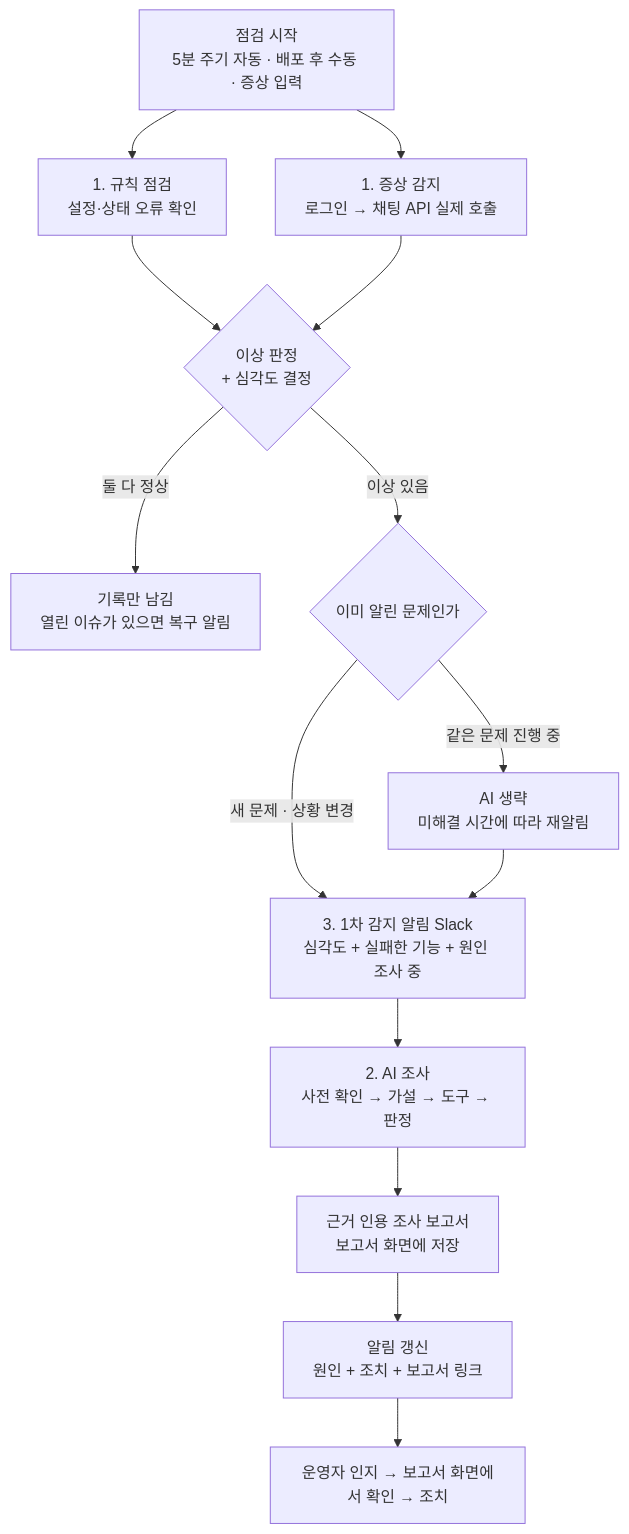
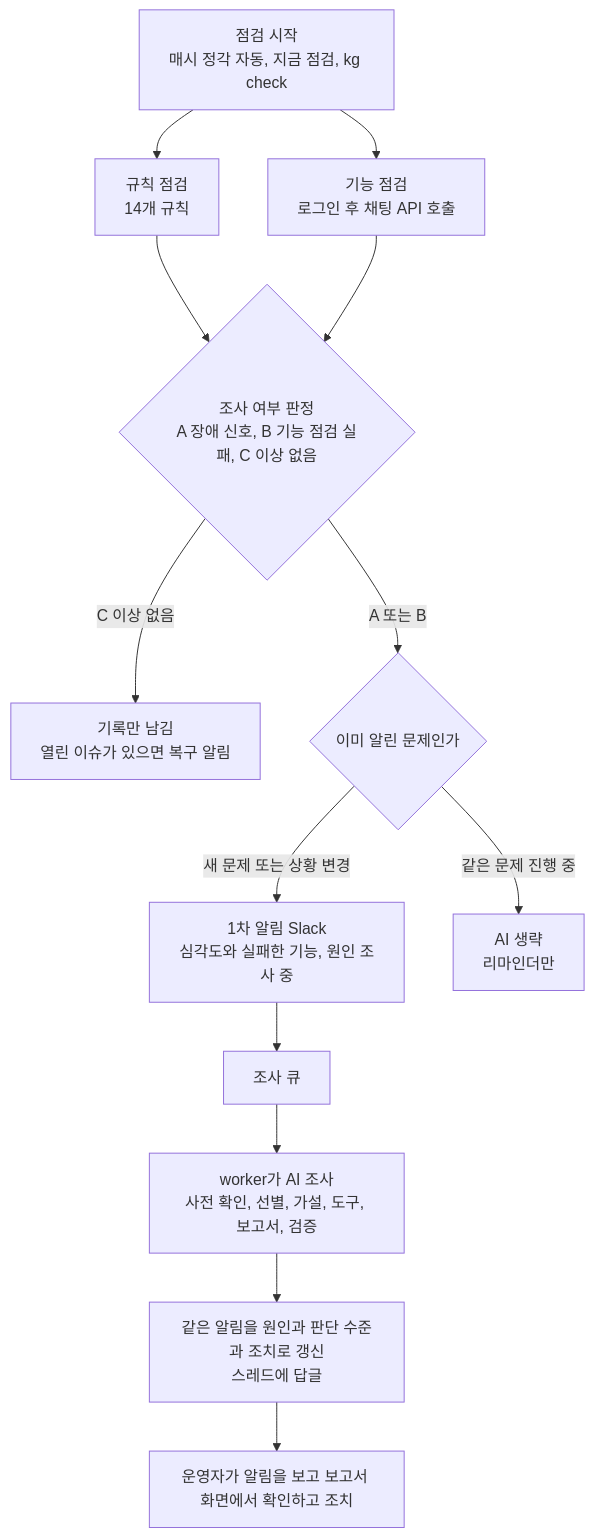
Before and after one commit to skax-jihyeryu/KubeGuardian: the second of 2 diagrams in docs/산출물/02-문제정의및서비스기획.md, drawn with Mermaid. The commit also changed other lines of this file and 7 other files, not shown here.

````diff
--- a/docs/산출물/02-문제정의및서비스기획.md
+++ b/docs/산출물/02-문제정의및서비스기획.md
@@ -143,16 +54,15 @@
 ```mermaid
 flowchart TB
-    T[점검 시작<br/>5분 주기 자동 · 배포 후 수동 · 증상 입력] --> R[1. 규칙 점검<br/>설정·상태 오류 확인]
-    T --> S[1. 증상 감지<br/>로그인 → 채팅 API 실제 호출]
-    R --> G{이상 판정<br/>+ 심각도 결정}
+    T[점검 시작<br/>매시 정각 자동, 지금 점검, kg check] --> R[규칙 점검<br/>14개 규칙]
+    T --> S[기능 점검<br/>로그인 후 채팅 API 호출]
+    R --> G{조사 여부 판정<br/>A 장애 신호, B 기능 점검 실패, C 이상 없음}
     S --> G
-    G -->|둘 다 정상| OK[기록만 남김<br/>열린 이슈가 있으면 복구 알림]
-    G -->|이상 있음| D{이미 알린 문제인가}
-    D -->|새 문제 · 상황 변경| N1[3. 1차 감지 알림 Slack<br/>심각도 + 실패한 기능 + 원인 조사 중]
-    N1 --> AI[2. AI 조사<br/>사전 확인 → 가설 → 도구 → 판정]
-    D -->|같은 문제 진행 중| RM[AI 생략<br/>미해결 시간에 따라 재알림]
-    AI --> REP[근거 인용 조사 보고서<br/>보고서 화면에 저장]
-    REP --> N[알림 갱신<br/>원인 + 조치 + 보고서 링크]
-    RM --> N1
-    N --> K[운영자 인지 → 보고서 화면에서 확인 → 조치]
+    G -->|C 이상 없음| OK[기록만 남김<br/>열린 이슈가 있으면 복구 알림]
+    G -->|A 또는 B| D{이미 알린 문제인가}
+    D -->|새 문제 또는 상황 변경| N1[1차 알림 Slack<br/>심각도와 실패한 기능, 원인 조사 중]
+    N1 --> Q[조사 큐]
+    Q --> AI[worker가 AI 조사<br/>사전 확인, 선별, 가설, 도구, 보고서, 검증]
+    AI --> N[같은 알림을 원인과 판단 수준과 조치로 갱신<br/>스레드에 답글]
+    D -->|같은 문제 진행 중| RM[AI 생략<br/>리마인더만]
+    N --> K[운영자가 알림을 보고 보고서 화면에서 확인하고 조치]
 ```
````
